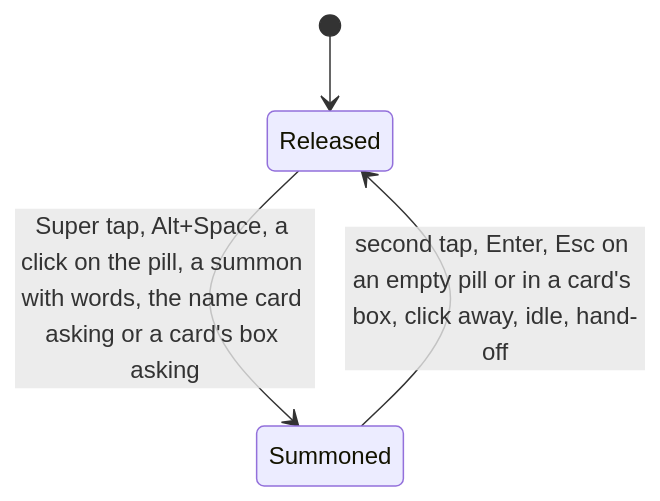
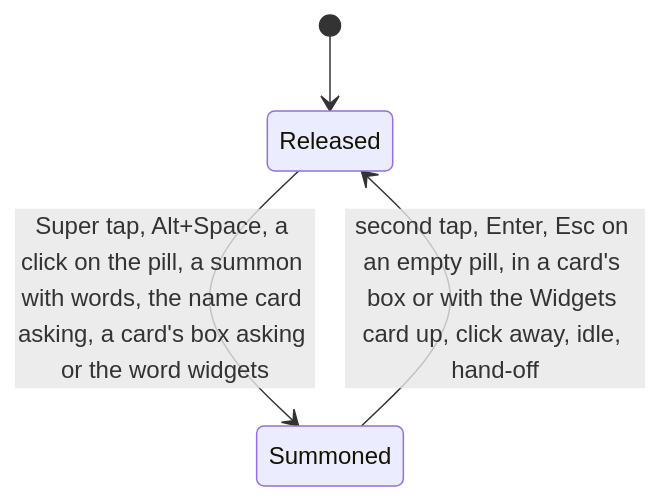
Before and after one commit to thedefaultman/Bombadil: the second of 3 diagrams in docs/architecture/shell.md, drawn with Mermaid. The commit also changed other lines of this file and 14 other files, not shown here.

First line of the commit message:
docs: the desk, Keep and the Widgets card across the desk, Tips, agent daemon, shell, UX, reference and brief pages

````diff
--- a/docs/architecture/shell.md
+++ b/docs/architecture/shell.md
@@ -85,6 +86,6 @@
 ```mermaid
 stateDiagram-v2
     [*] --> Released
-    Released --> Summoned : Super tap, Alt+Space, a click on the pill, a summon with words, the name card asking or a card's box asking
-    Summoned --> Released : second tap, Enter, Esc on an empty pill or in a card's box, click away, idle, hand-off
+    Released --> Summoned : Super tap, Alt+Space, a click on the pill, a summon with words, the name card asking, a card's box asking or the word widgets
+    Summoned --> Released : second tap, Enter, Esc on an empty pill, in a card's box or with the Widgets card up, click away, idle, hand-off
 ```
````
